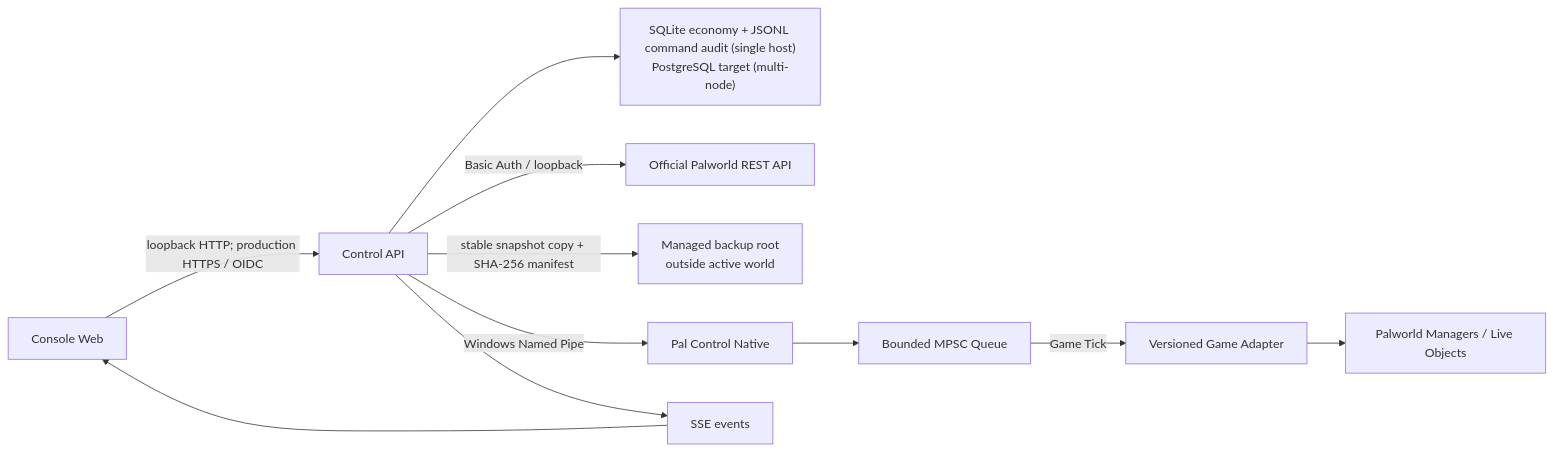
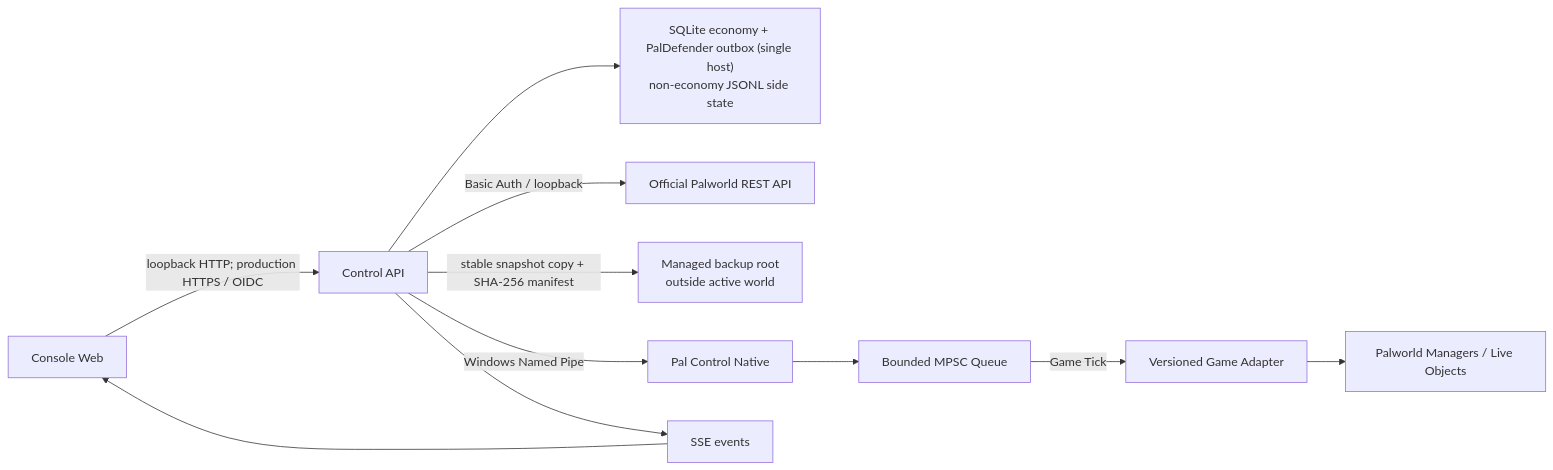
One commit to newonei/pal-control changed the diagram in docs/architecture/overview.md. Above: the diagram before and after it, drawn with Mermaid. The commit also changed other lines of this file and 194 other files, not shown here.

````diff
--- a/docs/architecture/overview.md
+++ b/docs/architecture/overview.md
@@ -5,13 +5,13 @@
 ```mermaid
 flowchart LR
     Browser["Console Web"] -->|loopback HTTP; production HTTPS / OIDC| API["Control API"]
-    API --> DB["SQLite economy + JSONL command audit (single host)\nPostgreSQL target (multi-node)"]
+    API --> DB["SQLite economy + PalDefender outbox (single host)\nnon-economy JSONL side state"]
     API -->|Basic Auth / loopback| REST["Official Palworld REST API"]
     API -->|stable snapshot copy + SHA-256 manifest| Backup["Managed backup root\noutside active world"]
     API -->|Windows Named Pipe| Bridge["Pal Control Native"]
     Bridge --> Queue["Bounded MPSC Queue"]
     Queue -->|Game Tick| Adapter["Versioned Game Adapter"]
     Adapter --> Game["Palworld Managers / Live Objects"]
     API --> SSE["SSE events"]
     SSE --> Browser
 ```
````
